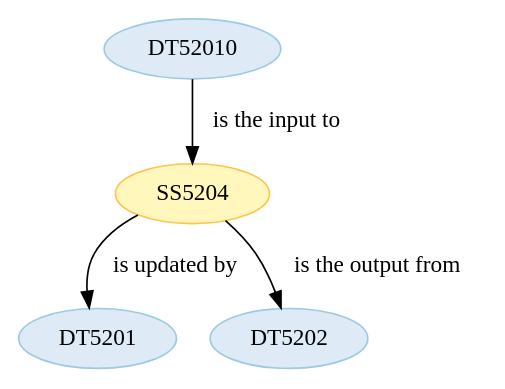
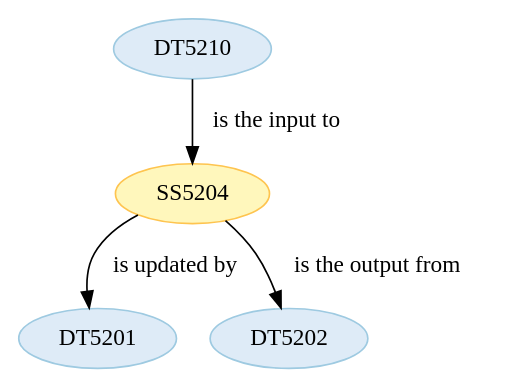
The diagram in wf5201/ST520104.dot (Marco-Salvi/cwl-test), drawn with Graphviz before and after one commit. The commit also changed 24 other files, not shown here.

```diff
--- a/wf5201/ST520104.dot
+++ b/wf5201/ST520104.dot
@@ -1,18 +1,18 @@
 strict digraph {
 
 
 	"SS5204" [ color="2", colorscheme="ylorbr3", fillcolor="1", style="filled",  weight=0 ];
 
 	"SS5204" -> "DT5201" [ label="is updated by", labeltooltip="DT5201 - is updated by - SS5204",  weight=0 ];
 
 	"SS5204" -> "DT5202" [ label="is the output from", labeltooltip="DT5202 - is the output from - SS5204",  weight=0 ];
 
 	"DT5201" [ color="2", colorscheme="blues3", fillcolor="1", style="filled",  weight=0 ];
 
-	"DT52010" [ color="2", colorscheme="blues3", fillcolor="1", style="filled",  weight=0 ];
-
-	"DT52010" -> "SS5204" [ label="is the input to", labeltooltip="DT52010 - is the input to - SS5204",  weight=0 ];
-
 	"DT5202" [ color="2", colorscheme="blues3", fillcolor="1", style="filled",  weight=0 ];
 
+	"DT5210" [ color="2", colorscheme="blues3", fillcolor="1", style="filled",  weight=0 ];
+
+	"DT5210" -> "SS5204" [ label="is the input to", labeltooltip="DT5210 - is the input to - SS5204",  weight=0 ];
+
 }
```
